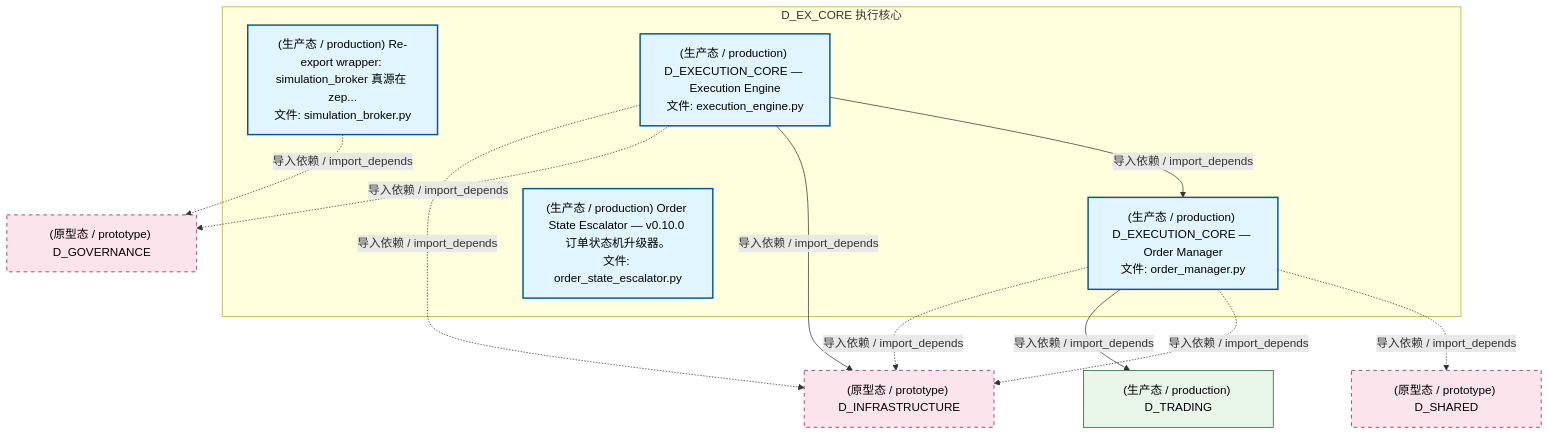
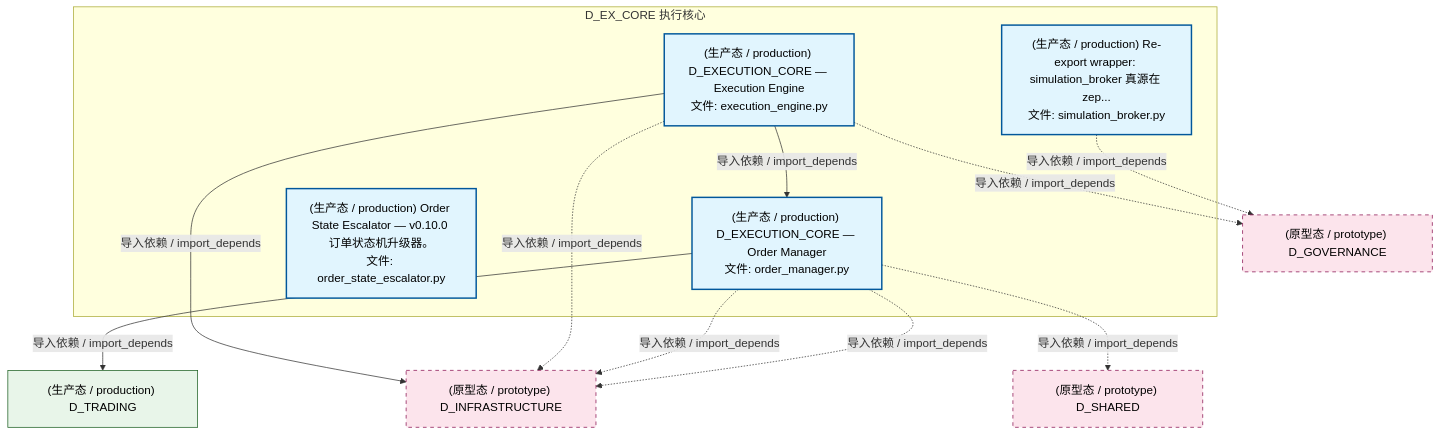
The second of 5 diagrams in docs/02_enterprise_architecture/02_domain_architecture_docs/34_d_ex_core.md (xuanFelixVan/ZephyrAlpha), drawn with Mermaid before and after one commit. The commit also changed other lines of this file and 105 other files, not shown here.

````diff
--- a/docs/02_enterprise_architecture/02_domain_architecture_docs/34_d_ex_core.md
+++ b/docs/02_enterprise_architecture/02_domain_architecture_docs/34_d_ex_core.md
@@ -126,29 +126,29 @@
 ```mermaid
 graph TD
     subgraph D_EX_CORE["D_EX_CORE 执行核心"]
         src_zephyr_ex_core_adapters_simulation_broker_py["(生产态 / production) Re-export wrapper: simulation_broker 真源在 zep...<br/>文件: simulation_broker.py"]
         src_zephyr_ex_core_execution_engine_py["(生产态 / production) D_EXECUTION_CORE — Execution Engine<br/>文件: execution_engine.py"]
         src_zephyr_ex_core_order_manager_py["(生产态 / production) D_EXECUTION_CORE — Order Manager<br/>文件: order_manager.py"]
         src_zephyr_governance_escalation_order_state_escalator_py["(生产态 / production) Order State Escalator — v0.10.0 订单状态机升级器。<br/>文件: order_state_escalator.py"]
     end
     src_zephyr_ex_core_execution_engine_py -->|导入依赖 / import_depends| src_zephyr_ex_core_order_manager_py
-    D_SHARED["(原型态 / prototype) D_SHARED"]
-    src_zephyr_ex_core_order_manager_py -.->|导入依赖 / import_depends| D_SHARED
+    D_GOVERNANCE["(原型态 / prototype) D_GOVERNANCE"]
+    src_zephyr_ex_core_adapters_simulation_broker_py -.->|导入依赖 / import_depends| D_GOVERNANCE
     D_INFRASTRUCTURE["(原型态 / prototype) D_INFRASTRUCTURE"]
     src_zephyr_ex_core_order_manager_py -.->|导入依赖 / import_depends| D_INFRASTRUCTURE
     D_TRADING["(生产态 / production) D_TRADING"]
     src_zephyr_ex_core_order_manager_py -->|导入依赖 / import_depends| D_TRADING
     src_zephyr_ex_core_order_manager_py -.->|导入依赖 / import_depends| D_INFRASTRUCTURE
-    D_GOVERNANCE["(原型态 / prototype) D_GOVERNANCE"]
-    src_zephyr_ex_core_adapters_simulation_broker_py -.->|导入依赖 / import_depends| D_GOVERNANCE
+    D_SHARED["(原型态 / prototype) D_SHARED"]
+    src_zephyr_ex_core_order_manager_py -.->|导入依赖 / import_depends| D_SHARED
+    src_zephyr_ex_core_execution_engine_py -.->|导入依赖 / import_depends| D_INFRASTRUCTURE
+    src_zephyr_ex_core_execution_engine_py -.->|导入依赖 / import_depends| D_GOVERNANCE
     src_zephyr_ex_core_execution_engine_py -->|导入依赖 / import_depends| D_INFRASTRUCTURE
-    src_zephyr_ex_core_execution_engine_py -.->|导入依赖 / import_depends| D_GOVERNANCE
-    src_zephyr_ex_core_execution_engine_py -.->|导入依赖 / import_depends| D_INFRASTRUCTURE
     classDef production fill:#e1f5fe,stroke:#01579b,stroke-width:2px,color:#000
     classDef design fill:#fff3e0,stroke:#e65100,stroke-width:2px,color:#000,stroke-dasharray: 5 5
     classDef external_prod fill:#e8f5e9,stroke:#1b5e20,stroke-width:1px,color:#000
     classDef external_design fill:#fce4ec,stroke:#880e4f,stroke-width:1px,color:#000,stroke-dasharray: 5 5
     class src_zephyr_ex_core_adapters_simulation_broker_py,src_zephyr_ex_core_execution_engine_py,src_zephyr_ex_core_order_manager_py,src_zephyr_governance_escalation_order_state_escalator_py production
     class D_TRADING external_prod
-    class D_SHARED,D_INFRASTRUCTURE,D_GOVERNANCE external_design
+    class D_GOVERNANCE,D_INFRASTRUCTURE,D_SHARED external_design
 ```
````
